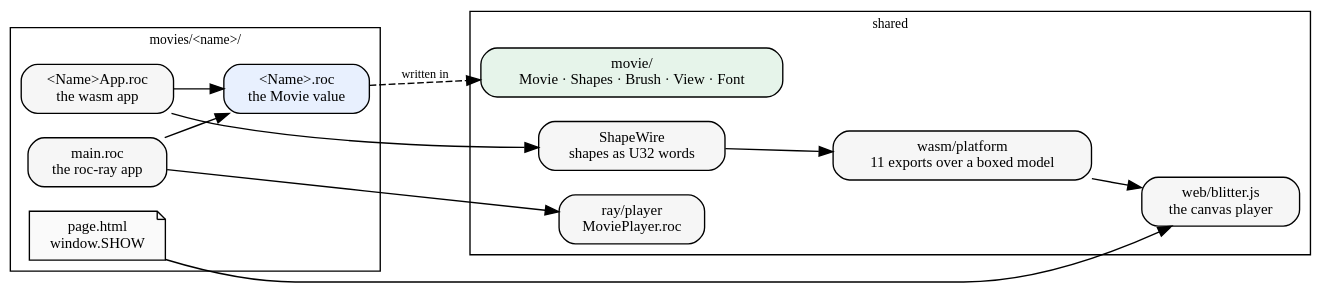
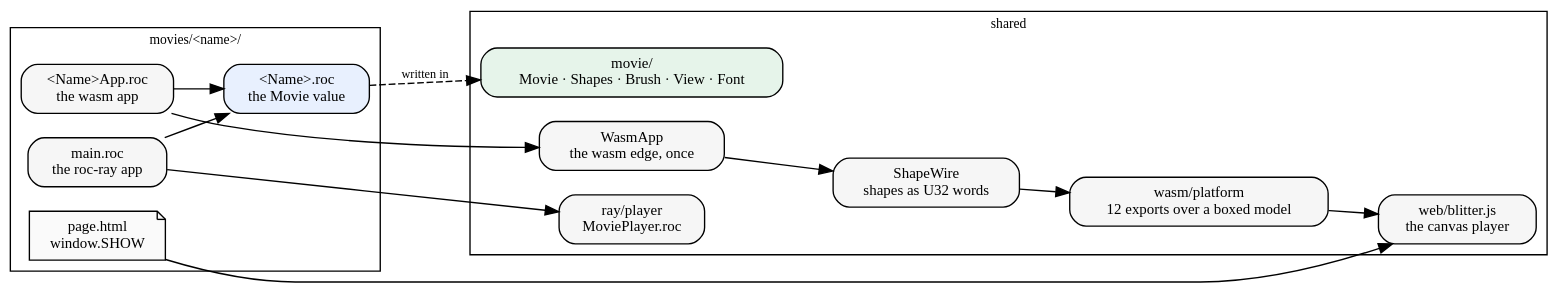
The second of 4 diagrams in notes/four-movies-one-seam.md (showell/essay-repl-server), drawn with Graphviz before and after one commit. The commit also changed other lines of this file, not shown here.

First line of the commit message:
notes: WasmApp is the wasm edge written once, and roll left the frame

````diff
--- a/notes/four-movies-one-seam.md
+++ b/notes/four-movies-one-seam.md
@@ -114,29 +115,30 @@
 ```dot
 digraph players {
   rankdir=LR; bgcolor="transparent"; compound=true;
   node [shape=box, style="rounded,filled", fillcolor="#f6f6f6", color="#999", fontsize=11];
   edge [color="#666", fontsize=9];
 
   subgraph cluster_m {
     label="movies/<name>/"; color="#bbb"; fontsize=10;
     mv [label="<Name>.roc\nthe Movie value", fillcolor="#e8f0fe"];
     app [label="<Name>App.roc\nthe wasm app"];
     main [label="main.roc\nthe roc-ray app"];
     page [label="page.html\nwindow.SHOW", shape=note, fillcolor="#fafafa"];
   }
 
   subgraph cluster_s {
     label="shared"; color="#bbb"; fontsize=10;
     voc [label="movie/\nMovie · Shapes · Brush · View · Font", fillcolor="#e6f4ea"];
+    wa [label="WasmApp\nthe wasm edge, once"];
     wire [label="ShapeWire\nshapes as U32 words"];
-    pf [label="wasm/platform\n11 exports over a boxed model"];
+    pf [label="wasm/platform\n12 exports over a boxed model"];
     pl [label="ray/player\nMoviePlayer.roc"];
     bl [label="web/blitter.js\nthe canvas player"];
   }
 
   mv -> voc [style=dashed, label="written in"];
   app -> mv; main -> mv;
-  app -> wire -> pf -> bl; page -> bl;
+  app -> wa -> wire -> pf -> bl; page -> bl;
   main -> pl;
 }
 ```
````
